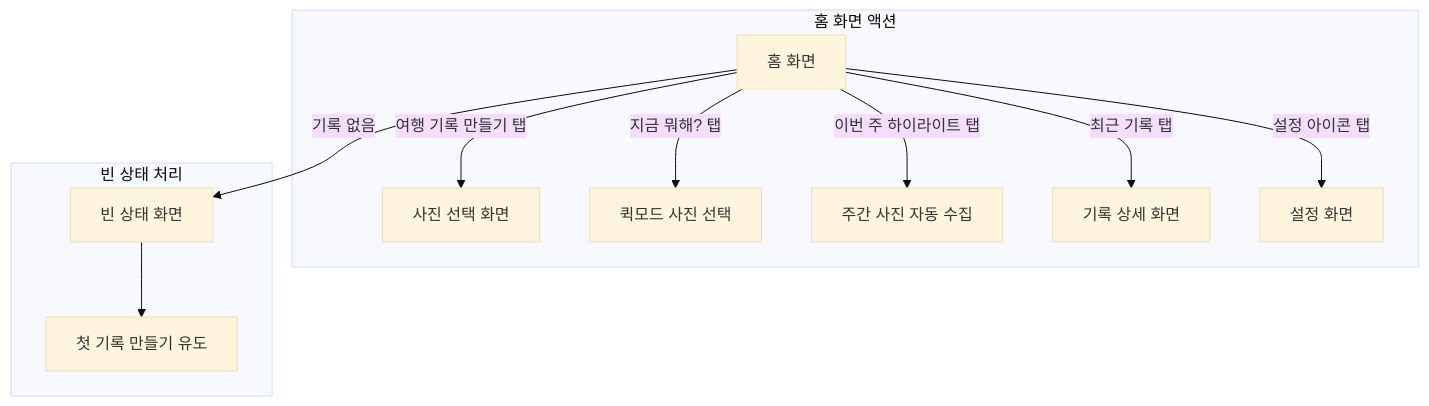
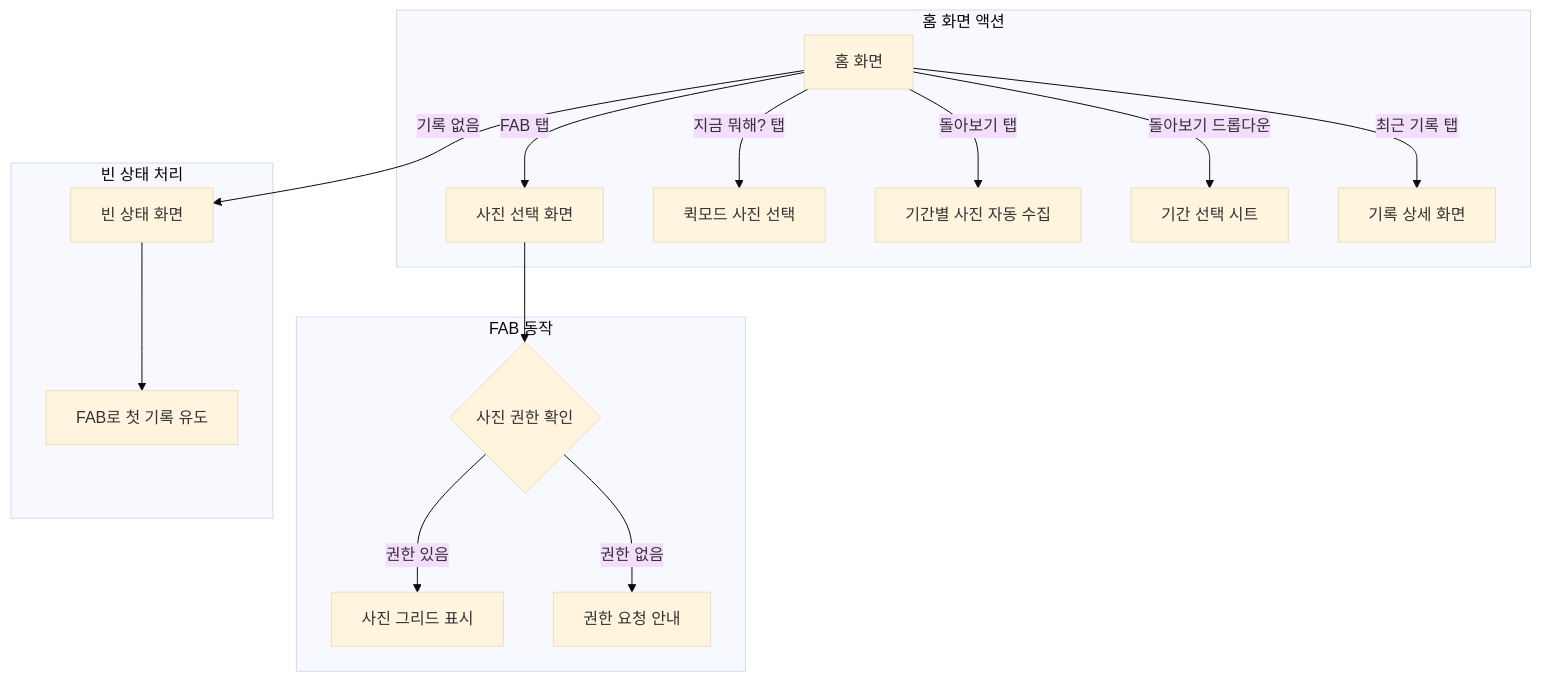
Before and after one commit to leonardo204/Wander: the sixth of 41 diagrams in Ref-Concepts/wander_ui_scenario.md, drawn with Mermaid (base theme). The commit also changed other lines of this file and 17 other files, not shown here.

````diff
--- a/Ref-Concepts/wander_ui_scenario.md
+++ b/Ref-Concepts/wander_ui_scenario.md
@@ -383,17 +421,23 @@
 ```mermaid
 flowchart TD
     subgraph "홈 화면 액션"
         A[홈 화면]
 
-        A -->|여행 기록 만들기 탭| B[사진 선택 화면]
+        A -->|FAB 탭| B[사진 선택 화면]
         A -->|지금 뭐해? 탭| C[퀵모드 사진 선택]
-        A -->|이번 주 하이라이트 탭| D[주간 사진 자동 수집]
+        A -->|돌아보기 탭| D[기간별 사진 자동 수집]
+        A -->|돌아보기 드롭다운| D1[기간 선택 시트]
         A -->|최근 기록 탭| E[기록 상세 화면]
-        A -->|설정 아이콘 탭| F[설정 화면]
+    end
+
+    subgraph "FAB 동작"
+        B --> B1{사진 권한 확인}
+        B1 -->|권한 있음| B2[사진 그리드 표시]
+        B1 -->|권한 없음| B3[권한 요청 안내]
     end
 
     subgraph "빈 상태 처리"
         A -->|기록 없음| G[빈 상태 화면]
-        G --> H[첫 기록 만들기 유도]
+        G --> H[FAB로 첫 기록 유도]
     end
 ```
````
